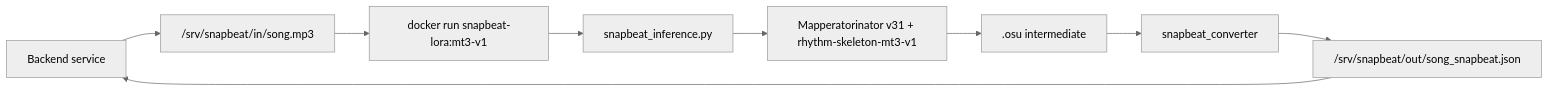
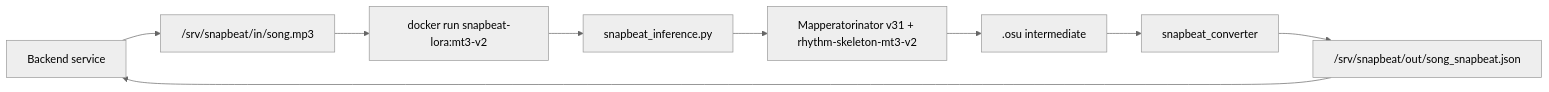
Before and after one commit to lukasnorland/Mapperatorinator: the diagram in docs/SNAPBEAT_DEPLOY_OPTION_A.md, drawn with Mermaid (neutral theme). The commit also changed other lines of this file and 21 other files, not shown here.

````diff
--- a/docs/SNAPBEAT_DEPLOY_OPTION_A.md
+++ b/docs/SNAPBEAT_DEPLOY_OPTION_A.md
@@ -310,15 +310,15 @@
 ```mermaid
 flowchart LR
   backend["Backend service"]
   audioIn["/srv/snapbeat/in/song.mp3"]
-  docker["docker run snapbeat-lora:mt3-v1"]
+  docker["docker run snapbeat-lora:mt3-v2"]
   entrypoint["snapbeat_inference.py"]
-  model["Mapperatorinator v31 + rhythm-skeleton-mt3-v1"]
+  model["Mapperatorinator v31 + rhythm-skeleton-mt3-v2"]
   osu[".osu intermediate"]
   converter["snapbeat_converter"]
   jsonOut["/srv/snapbeat/out/song_snapbeat.json"]
 
   backend --> audioIn --> docker --> entrypoint
   entrypoint --> model --> osu --> converter --> jsonOut
   jsonOut --> backend
 ```
````
